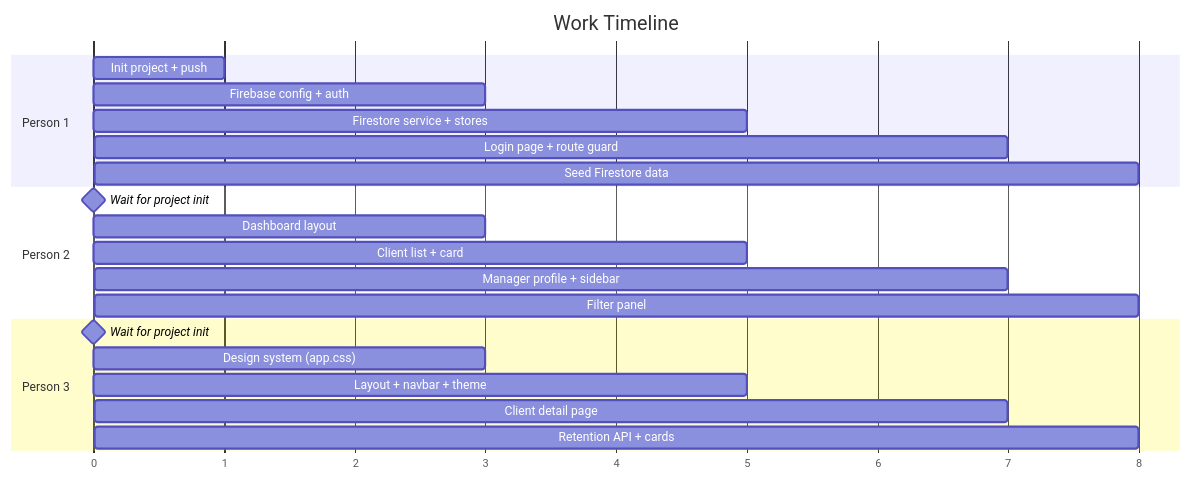
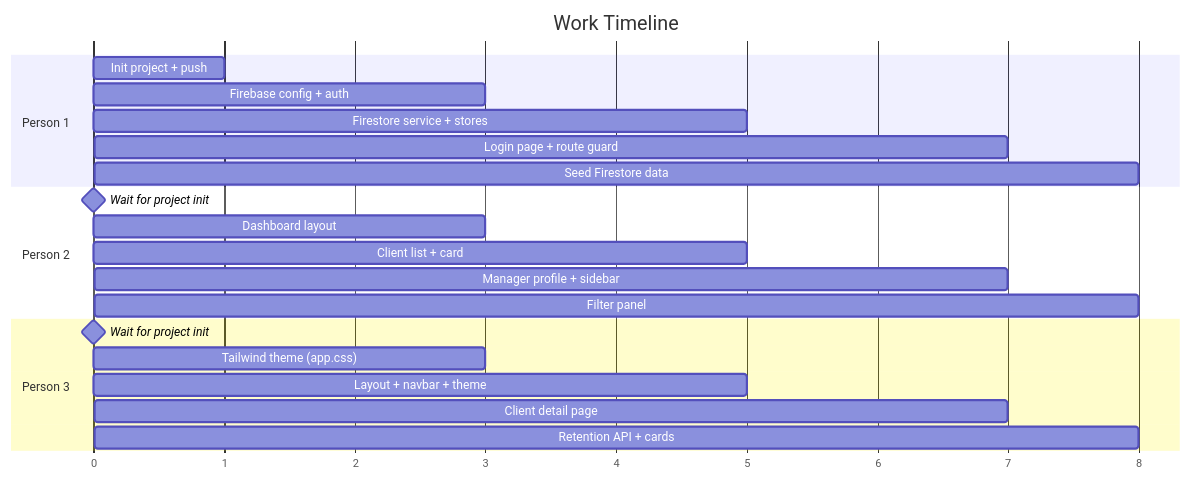
Before and after one commit to maaxxg/Fintech-hackathon: the diagram in implementation_plan.md, drawn with Mermaid. The commit also changed other lines of this file, not shown here.

````diff
--- a/implementation_plan.md
+++ b/implementation_plan.md
@@ -144,27 +187,27 @@
 ```mermaid
 gantt
     title Work Timeline
     dateFormat  X
     axisFormat %s
 
     section Person 1
     Init project + push           :p1a, 0, 1
     Firebase config + auth        :p1b, 1, 3
     Firestore service + stores    :p1c, 3, 5
     Login page + route guard      :p1d, 5, 7
     Seed Firestore data           :p1e, 7, 8
 
     section Person 2
     Wait for project init         :milestone, m1, 1, 0
     Dashboard layout              :p2a, 1, 3
     Client list + card            :p2b, 3, 5
     Manager profile + sidebar     :p2c, 5, 7
     Filter panel                  :p2d, 7, 8
 
     section Person 3
     Wait for project init         :milestone, m2, 1, 0
-    Design system (app.css)       :p3a, 1, 3
+    Tailwind theme (app.css)      :p3a, 1, 3
     Layout + navbar + theme       :p3b, 3, 5
     Client detail page            :p3c, 5, 7
     Retention API + cards         :p3d, 7, 8
 ```
````
